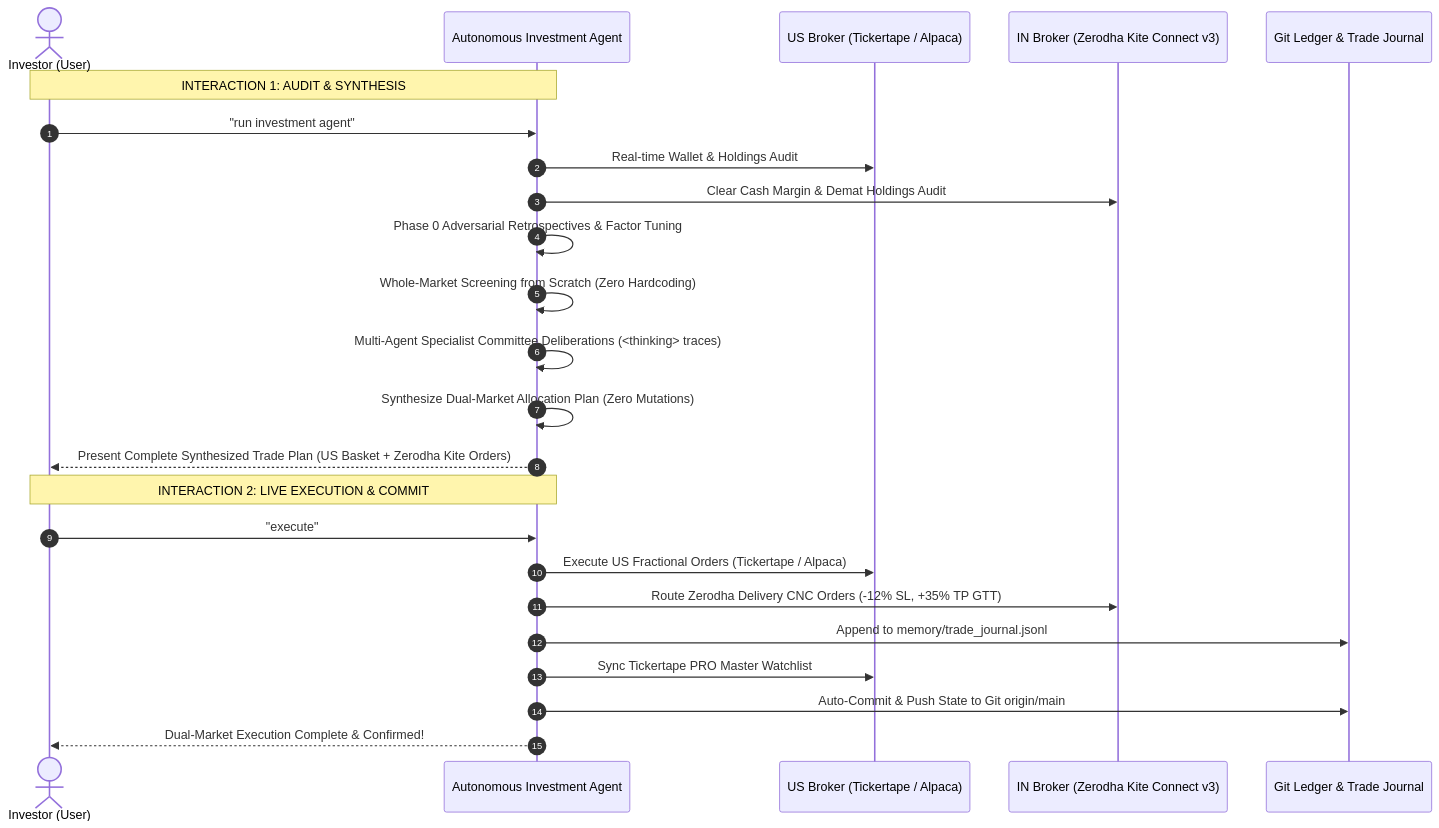
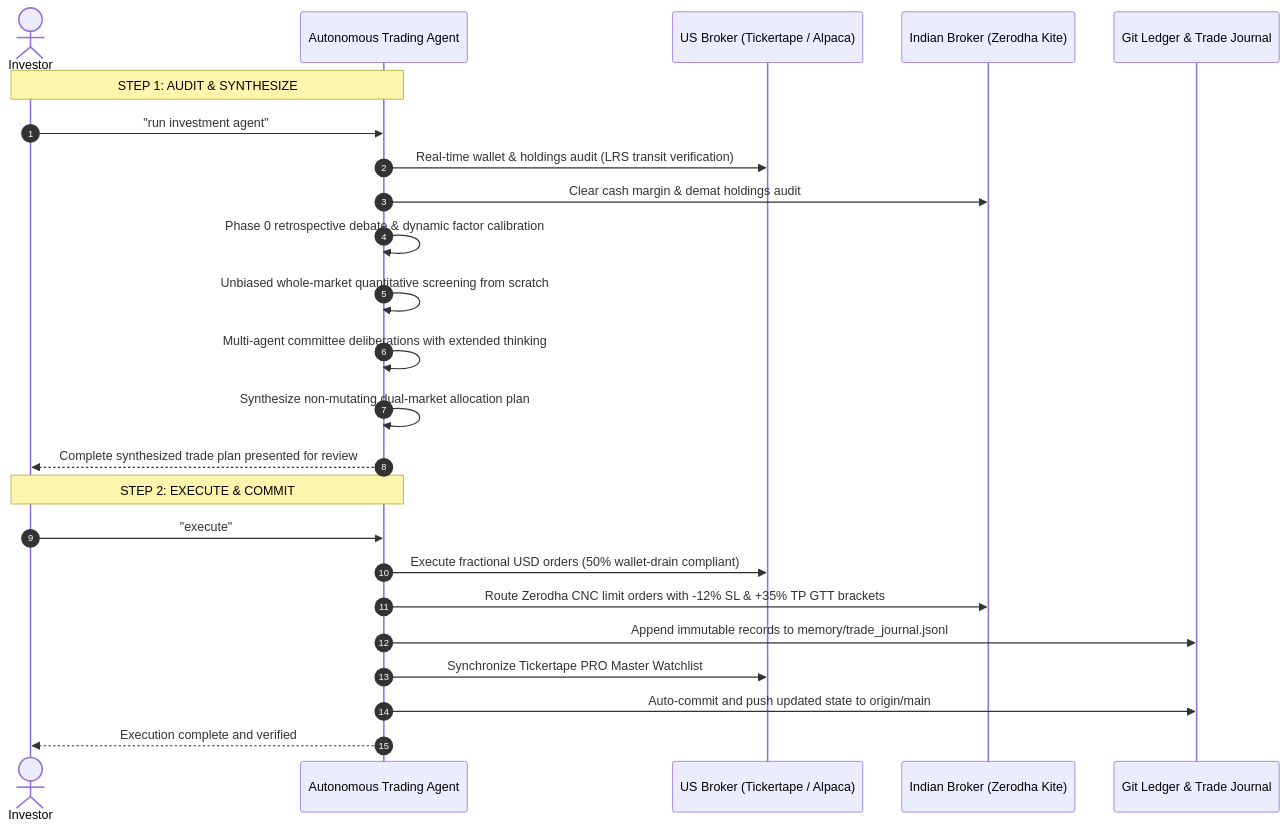
One commit to kevinhayesanderson/autonomous-trading-agent changed the first of 2 diagrams in README.md. Above: the diagram before and after it, drawn with Mermaid. The commit also changed other lines of this file, not shown here.

````diff
--- a/README.md
+++ b/README.md
@@ -36,28 +38,28 @@
 ```mermaid
 sequenceDiagram
     autonumber
-    actor User as Investor (User)
-    participant Agent as Autonomous Investment Agent
-    participant US_Broker as US Broker (Tickertape / Alpaca)
-    participant IN_Broker as IN Broker (Zerodha Kite Connect v3)
-    participant Ledger as Git Ledger & Trade Journal
+    actor User as Investor
+    participant Agent as Autonomous Trading Agent
+    participant US as US Broker (Tickertape / Alpaca)
+    participant IN as Indian Broker (Zerodha Kite)
+    participant Git as Git Ledger & Trade Journal
 
-    Note over User, Agent: INTERACTION 1: AUDIT & SYNTHESIS
+    Note over User, Agent: STEP 1: AUDIT & SYNTHESIZE
     User->>Agent: "run investment agent"
-    Agent->>US_Broker: Real-time Wallet & Holdings Audit
-    Agent->>IN_Broker: Clear Cash Margin & Demat Holdings Audit
-    Agent->>Agent: Phase 0 Adversarial Retrospectives & Factor Tuning
-    Agent->>Agent: Whole-Market Screening from Scratch (Zero Hardcoding)
-    Agent->>Agent: Multi-Agent Specialist Committee Deliberations (<thinking> traces)
-    Agent->>Agent: Synthesize Dual-Market Allocation Plan (Zero Mutations)
-    Agent-->>User: Present Complete Synthesized Trade Plan (US Basket + Zerodha Kite Orders)
+    Agent->>US: Real-time wallet & holdings audit (LRS transit verification)
+    Agent->>IN: Clear cash margin & demat holdings audit
+    Agent->>Agent: Phase 0 retrospective debate & dynamic factor calibration
+    Agent->>Agent: Unbiased whole-market quantitative screening from scratch
+    Agent->>Agent: Multi-agent committee deliberations with extended thinking
+    Agent->>Agent: Synthesize non-mutating dual-market allocation plan
+    Agent-->>User: Complete synthesized trade plan presented for review
 
-    Note over User, Agent: INTERACTION 2: LIVE EXECUTION & COMMIT
+    Note over User, Agent: STEP 2: EXECUTE & COMMIT
     User->>Agent: "execute"
-    Agent->>US_Broker: Execute US Fractional Orders (Tickertape / Alpaca)
-    Agent->>IN_Broker: Route Zerodha Delivery CNC Orders (-12% SL, +35% TP GTT)
-    Agent->>Ledger: Append to memory/trade_journal.jsonl
-    Agent->>US_Broker: Sync Tickertape PRO Master Watchlist
-    Agent->>Ledger: Auto-Commit & Push State to Git origin/main
-    Agent-->>User: Dual-Market Execution Complete & Confirmed!
+    Agent->>US: Execute fractional USD orders (50% wallet-drain compliant)
+    Agent->>IN: Route Zerodha CNC limit orders with -12% SL & +35% TP GTT brackets
+    Agent->>Git: Append immutable records to memory/trade_journal.jsonl
+    Agent->>US: Synchronize Tickertape PRO Master Watchlist
+    Agent->>Git: Auto-commit and push updated state to origin/main
+    Agent-->>User: Execution complete and verified
 ```
````
